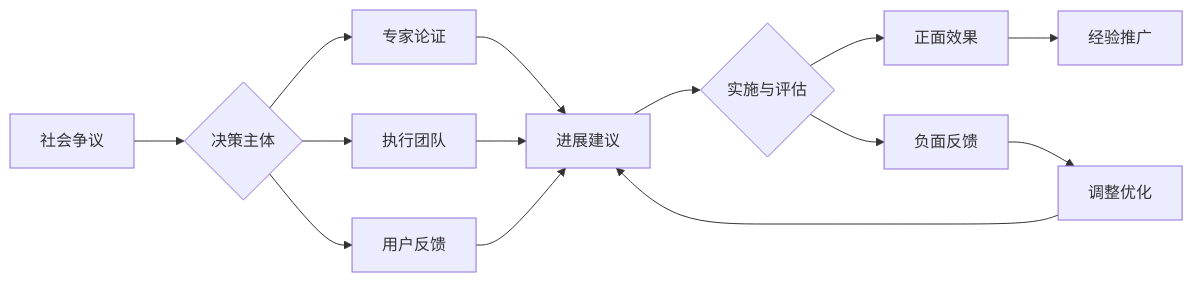
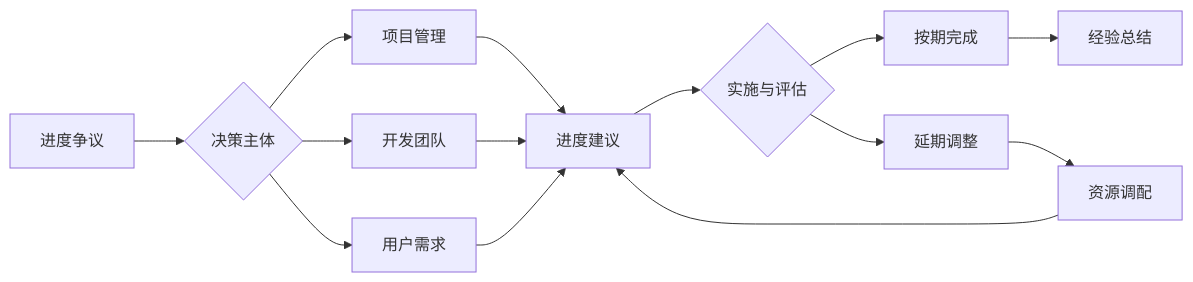
The second of 2 diagrams in PROJECT_PROGRESS.md (AdaMartin18010/SeniorEnducation), drawn with Mermaid before and after one commit. The commit also changed other lines of this file and 18 other files, not shown here.

````diff
--- a/PROJECT_PROGRESS.md
+++ b/PROJECT_PROGRESS.md
@@ -227,16 +228,16 @@
 ```mermaid
 graph LR
-    A[社会争议] --> B{决策主体}
-    B --> C[专家论证]
-    B --> D[执行团队]
-    B --> E[用户反馈]
-    C --> F[进展建议]
+    A[进度争议] --> B{决策主体}
+    B --> C[项目管理]
+    B --> D[开发团队]
+    B --> E[用户需求]
+    C --> F[进度建议]
     D --> F
     E --> F
     F --> G{实施与评估}
-    G --> H[正面效果]
-    G --> I[负面反馈]
-    I --> J[调整优化]
-    H --> K[经验推广]
+    G --> H[按期完成]
+    G --> I[延期调整]
+    I --> J[资源调配]
+    H --> K[经验总结]
     J --> F
 ```
````
